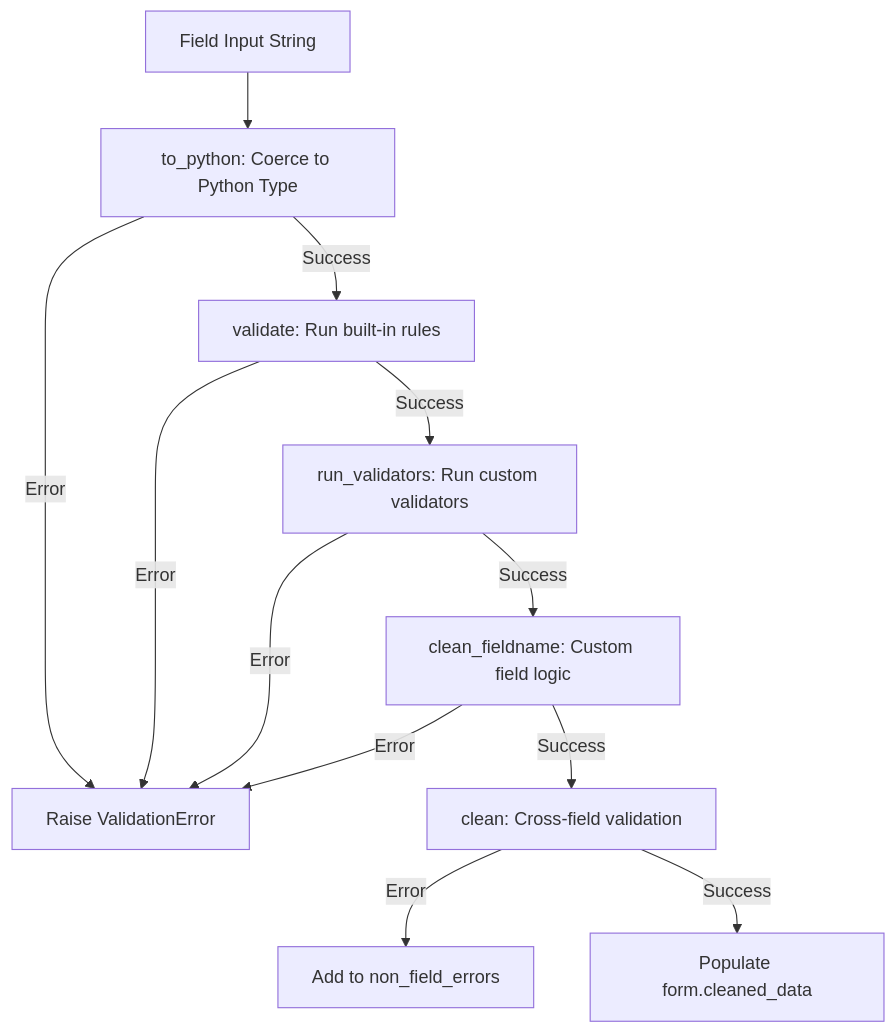
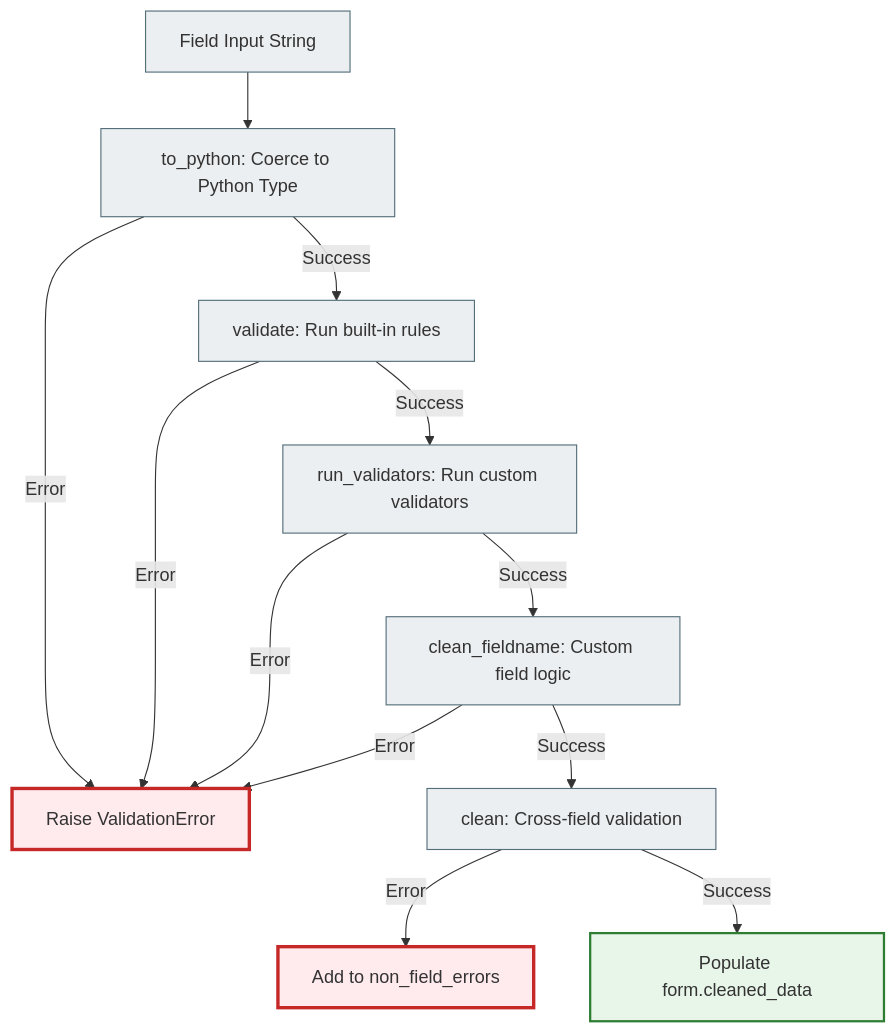
One commit to NikoriakViktot/notes_chat_app changed the tenth of 12 diagrams in docs/04_forms_and_validation/django_forms_full.md. Above: the diagram before and after it, drawn with Mermaid. The commit also changed other lines of this file and 441 other files, not shown here.

First line of the commit message:
Add English version of the book, Mermaid standard, docs fixes

````diff
--- a/docs/04_forms_and_validation/django_forms_full.md
+++ b/docs/04_forms_and_validation/django_forms_full.md
@@ -1146,14 +1214,21 @@
 ```mermaid
 graph TD
     A[Field Input String] --> B["to_python: Coerce to Python Type"]
     B -- Error --> C[Raise ValidationError]
     B -- Success --> D["validate: Run built-in rules"]
     D -- Error --> C
     D -- Success --> E["run_validators: Run custom validators"]
     E -- Error --> C
     E -- Success --> F["clean_fieldname: Custom field logic"]
     F -- Error --> C
     F -- Success --> G["clean: Cross-field validation"]
     G -- Error --> H[Add to non_field_errors]
     G -- Success --> I[Populate form.cleaned_data]
+
+    classDef step     fill:#eceff1,stroke:#546e7a,stroke-width:1px;
+    classDef success  fill:#e8f5e9,stroke:#2e7d32,stroke-width:2px;
+    classDef error    fill:#ffebee,stroke:#c62828,stroke-width:3px;
+    class A,B,D,E,F,G step;
+    class I success;
+    class C,H error;
 ```
````
